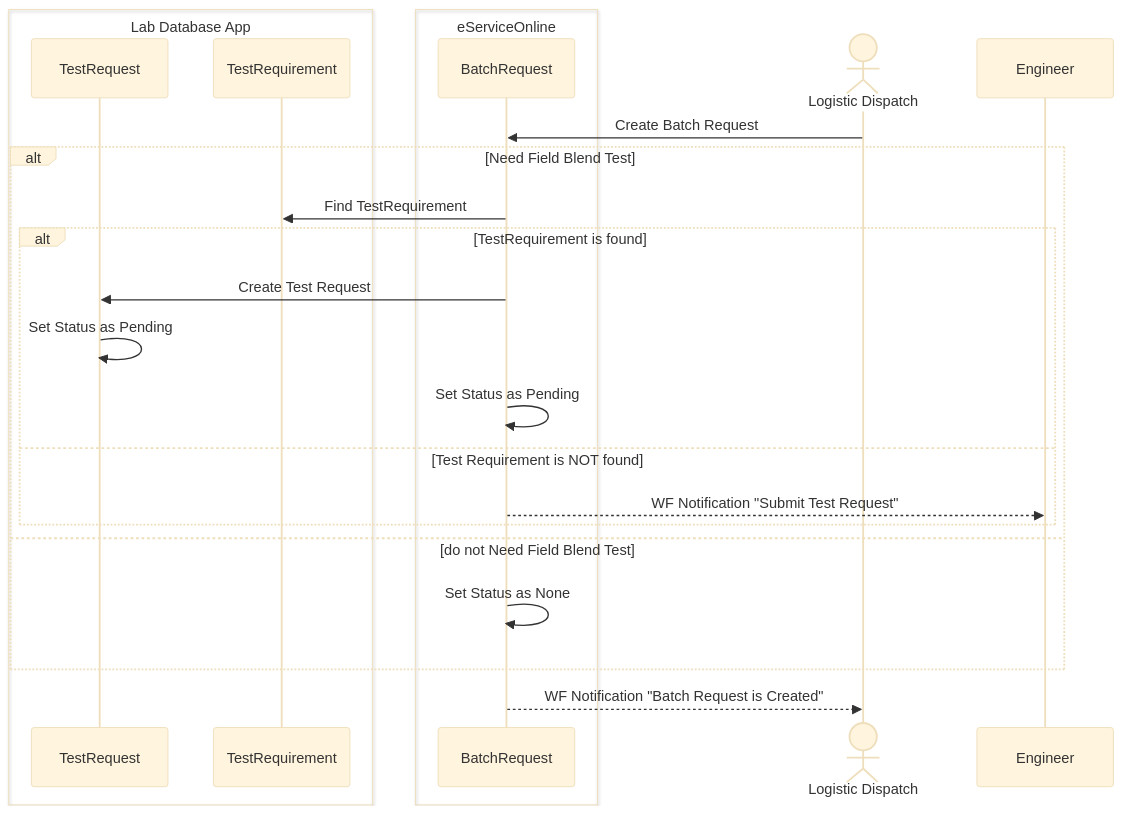
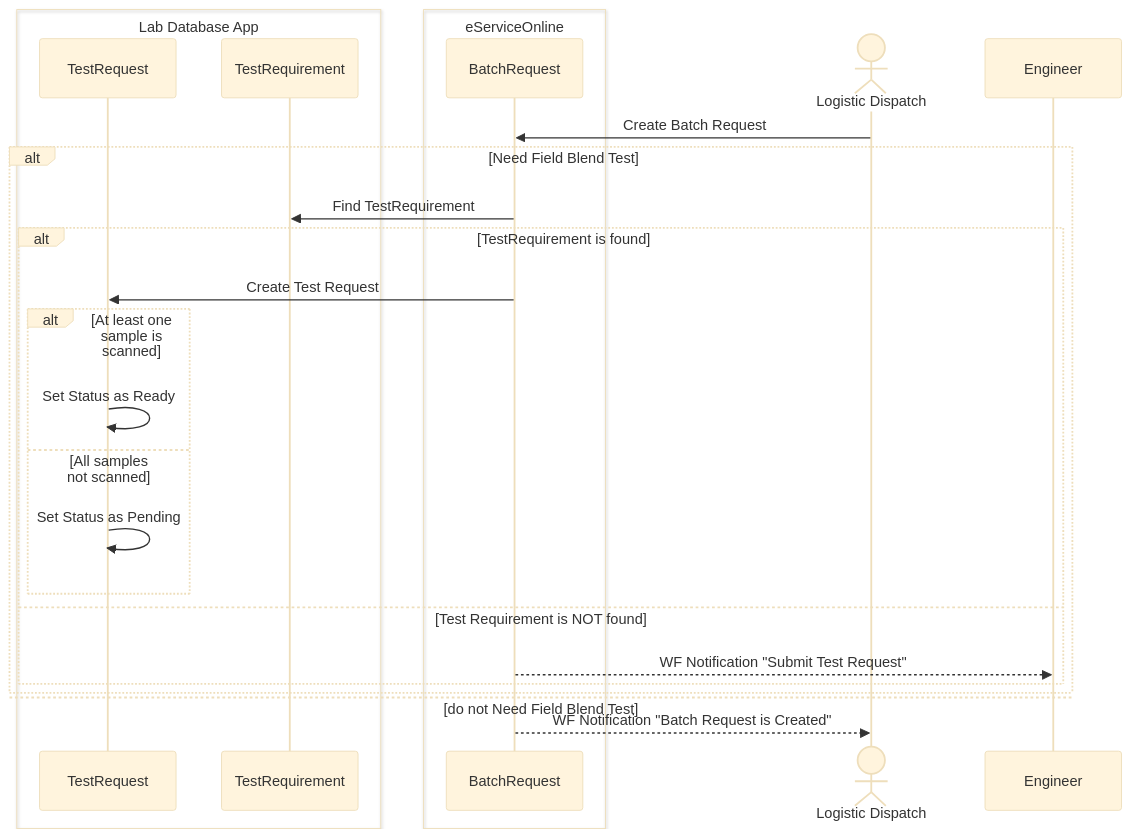
The diagram in Documents/04 - Cementing Service Request/09 - Prepare Material/01 - Create Batch Request/collaboration.md (Sanjel-Energy-Services/eService_WorkItems), drawn with Mermaid (base theme) before and after one commit. The commit also changed 12 other files, not shown here.

````diff
--- a/Documents/04 - Cementing Service Request/09 - Prepare Material/01 - Create Batch Request/collaboration.md
+++ b/Documents/04 - Cementing Service Request/09 - Prepare Material/01 - Create Batch Request/collaboration.md
@@ -4,33 +4,37 @@
 ```mermaid
 sequenceDiagram
 box Lab Database App
 participant TestRequest
 participant TestRequirement
 end
 box eServiceOnline
 participant BatchRequest
 end
 actor Logi as Logistic Dispatch
 
 Logi->>BatchRequest: Create Batch Request
     alt Need Field Blend Test
         BatchRequest->>TestRequirement: Find TestRequirement
            alt TestRequirement is found
                 BatchRequest->>TestRequest: Create Test Request
-                TestRequest->>TestRequest:Set Status as Pending
-                BatchRequest->>BatchRequest:Set Status as Pending
+                alt At least one sample is scanned
+                 TestRequest->>TestRequest: Set Status as Ready
+    
+                 else All samples not scanned
+                 TestRequest->>TestRequest: Set Status as Pending
+    %%BatchRequest->>BatchRequest:Set TestingStatus as Pending
+                end
                 %%alt At least one sample is scanned
     %%TestRequest->>TestRequest: Set Status as Ready
  %% else All samples not scanned
    %% TestRequest->>TestRequest: Set Status as Pending
   %%end
   			else Test Requirement is NOT found
     			BatchRequest-->>Engineer: WF Notification "Submit Test Request"
           end
      else do not Need Field Blend Test 
-        BatchRequest->>BatchRequest:Set Status as None
     end
  BatchRequest-->>Logi: WF Notification "Batch Request is Created"
  
     
 ```
````
